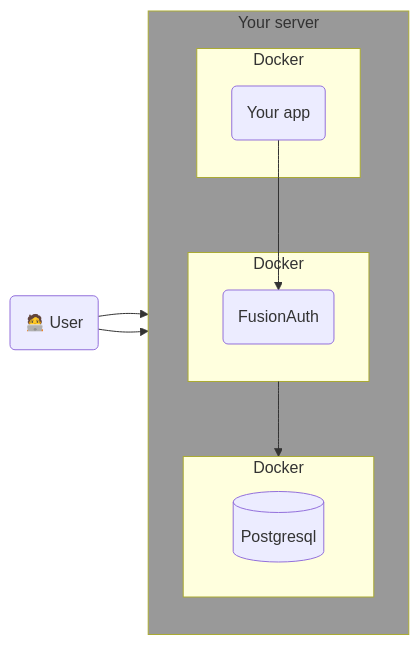
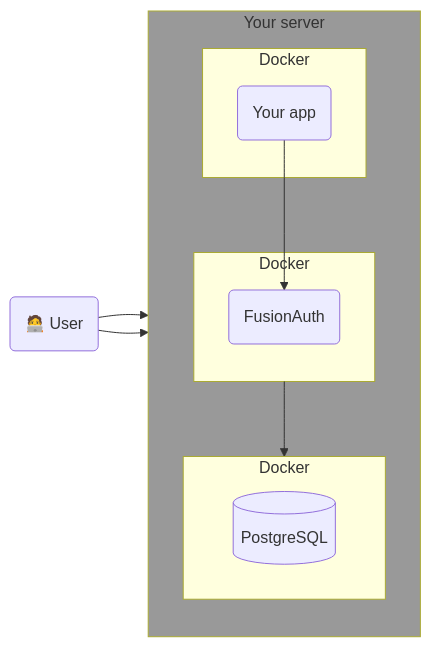
One commit to FusionAuth/fusionauth-site changed the first of 2 diagrams in astro/src/content/docs/operate/secure-and-monitor/slack.mdx. Above: the diagram before and after it, drawn with Mermaid. The commit also changed other lines of this file and 2 other files, not shown here.

````diff
--- a/astro/src/content/docs/operate/secure-and-monitor/slack.mdx
+++ b/astro/src/content/docs/operate/secure-and-monitor/slack.mdx
@@ -40,21 +40,21 @@
 ```mermaid
 graph LR
   subgraph I[Your server]
     direction TB
     subgraph G[Docker]
-      H[(Postgresql)]
+      H[(PostgreSQL)]
     end
     subgraph C[Docker]
       A(FusionAuth)
     end
     subgraph E[Docker]
       F(Your app)
     end
   end
   D(🧑‍💻 User)
   D --> F
   D --> A
   C --> G
   F --> A
   style I fill:#999
 ```
````
